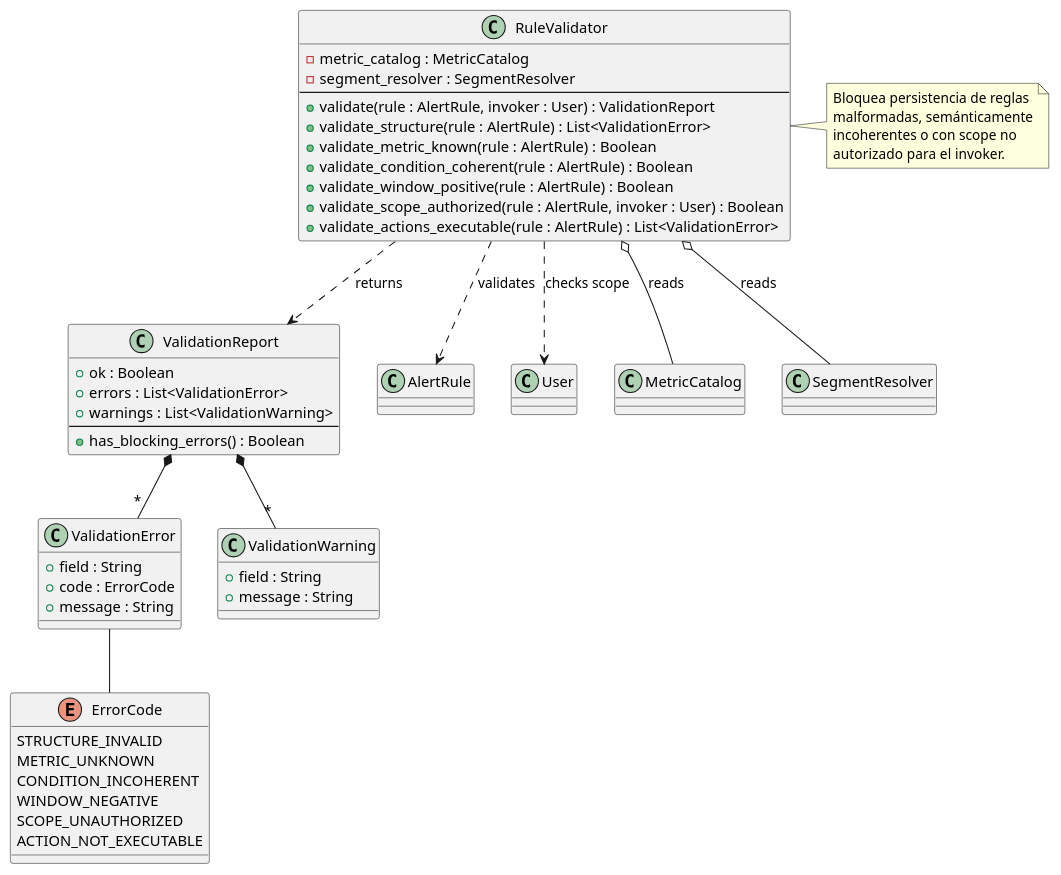
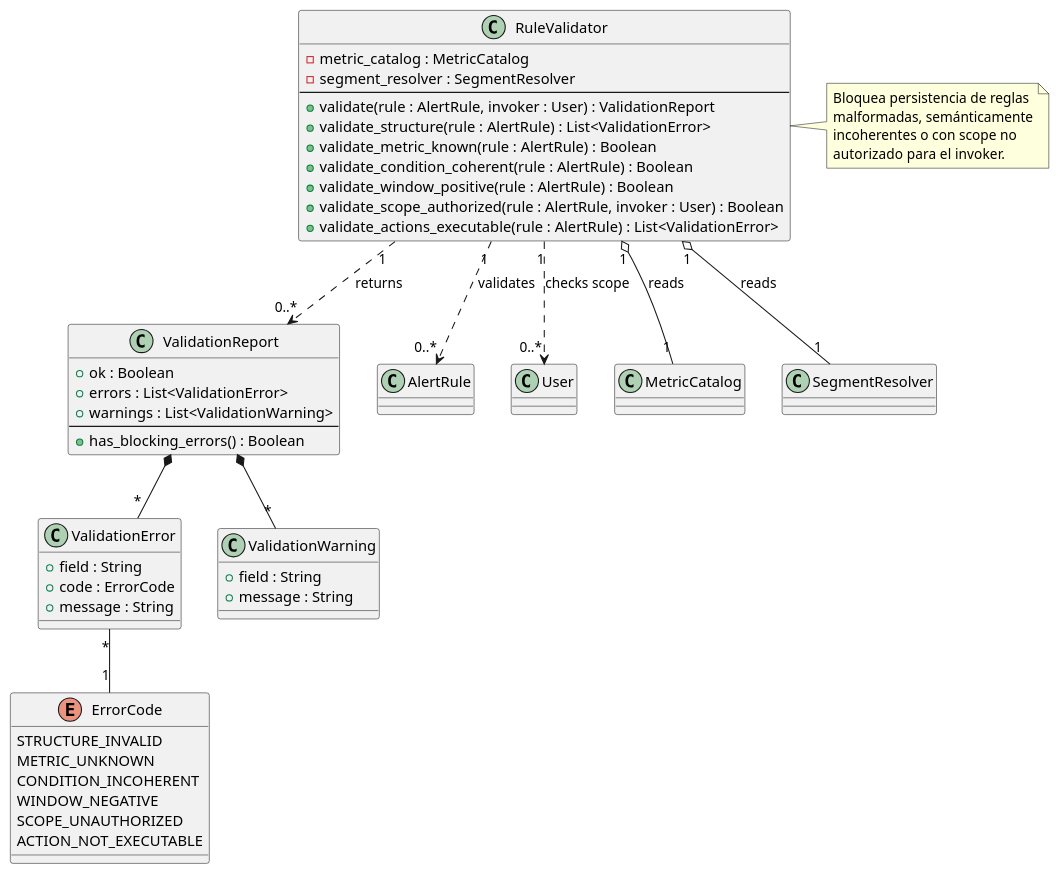
Before and after one commit to jcg-admin/IACT-docs: the diagram in source/arquitectura-tecnica/domain-model/rule-validator.rst, drawn with PlantUML. The commit also changed 44 other files, not shown here.

First line of the commit message:
Apply UML rigor pass batch 3: sweep multiplicities + checklist

```diff
--- a/source/arquitectura-tecnica/domain-model/rule-validator.rst
+++ b/source/arquitectura-tecnica/domain-model/rule-validator.rst
@@ -30,69 +30,69 @@
 .. uml::
  :caption: Clase RuleValidator — gate de admisibilidad de
            AlertRule (estructura + semántica + autorización).
 
  @startuml
 
  class RuleValidator {
    - metric_catalog : MetricCatalog
    - segment_resolver : SegmentResolver
    --
    + validate(rule : AlertRule, invoker : User) : ValidationReport
    + validate_structure(rule : AlertRule) : List<ValidationError>
    + validate_metric_known(rule : AlertRule) : Boolean
    + validate_condition_coherent(rule : AlertRule) : Boolean
    + validate_window_positive(rule : AlertRule) : Boolean
    + validate_scope_authorized(rule : AlertRule, invoker : User) : Boolean
    + validate_actions_executable(rule : AlertRule) : List<ValidationError>
  }
 
  class ValidationReport {
    + ok : Boolean
    + errors : List<ValidationError>
    + warnings : List<ValidationWarning>
    --
    + has_blocking_errors() : Boolean
  }
 
  class ValidationError {
    + field : String
    + code : ErrorCode
    + message : String
  }
 
  class ValidationWarning {
    + field : String
    + message : String
  }
 
  enum ErrorCode {
    STRUCTURE_INVALID
    METRIC_UNKNOWN
    CONDITION_INCOHERENT
    WINDOW_NEGATIVE
    SCOPE_UNAUTHORIZED
    ACTION_NOT_EXECUTABLE
  }
 
  class AlertRule
  class User
  class MetricCatalog
  class SegmentResolver
 
- RuleValidator o-- MetricCatalog : reads
- RuleValidator o-- SegmentResolver : reads
- RuleValidator ..> AlertRule : validates
- RuleValidator ..> User : checks scope
- RuleValidator ..> ValidationReport : returns
+ RuleValidator "1" o-- "1" MetricCatalog : reads
+ RuleValidator "1" o-- "1" SegmentResolver : reads
+ RuleValidator "1" ..> "0..*" AlertRule : validates
+ RuleValidator "1" ..> "0..*" User : checks scope
+ RuleValidator "1" ..> "0..*" ValidationReport : returns
  ValidationReport *-- "*" ValidationError
  ValidationReport *-- "*" ValidationWarning
- ValidationError -- ErrorCode
+ ValidationError "*" -- "1" ErrorCode
 
  note right of RuleValidator
    Bloquea persistencia de reglas
    malformadas, semánticamente
    incoherentes o con scope no
    autorizado para el invoker.
  end note
 
  @enduml
```
